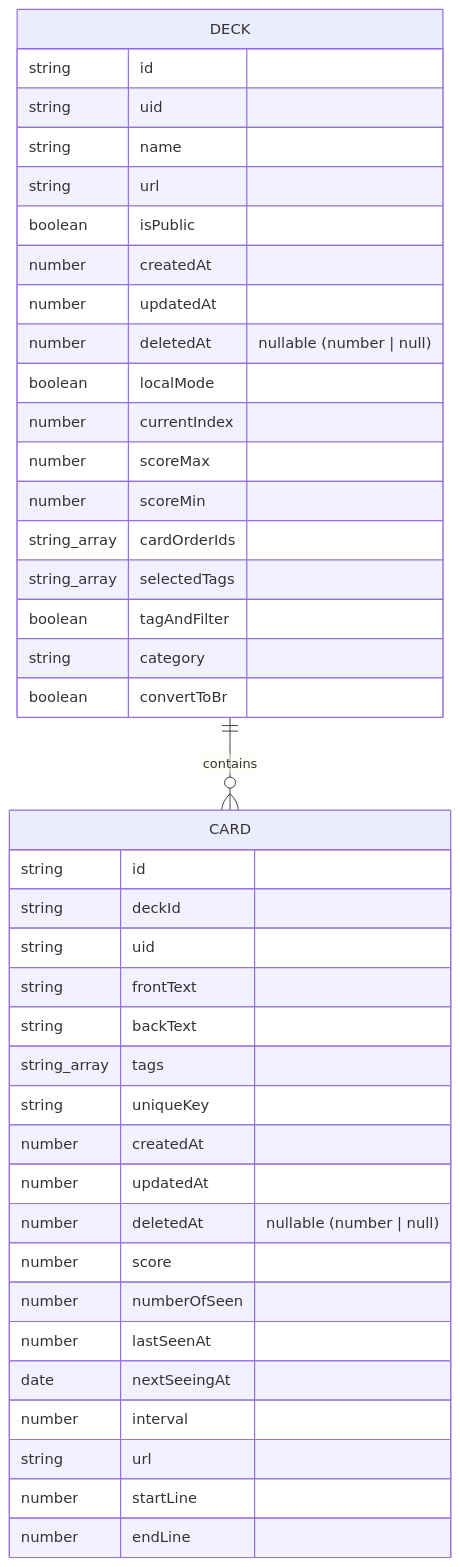
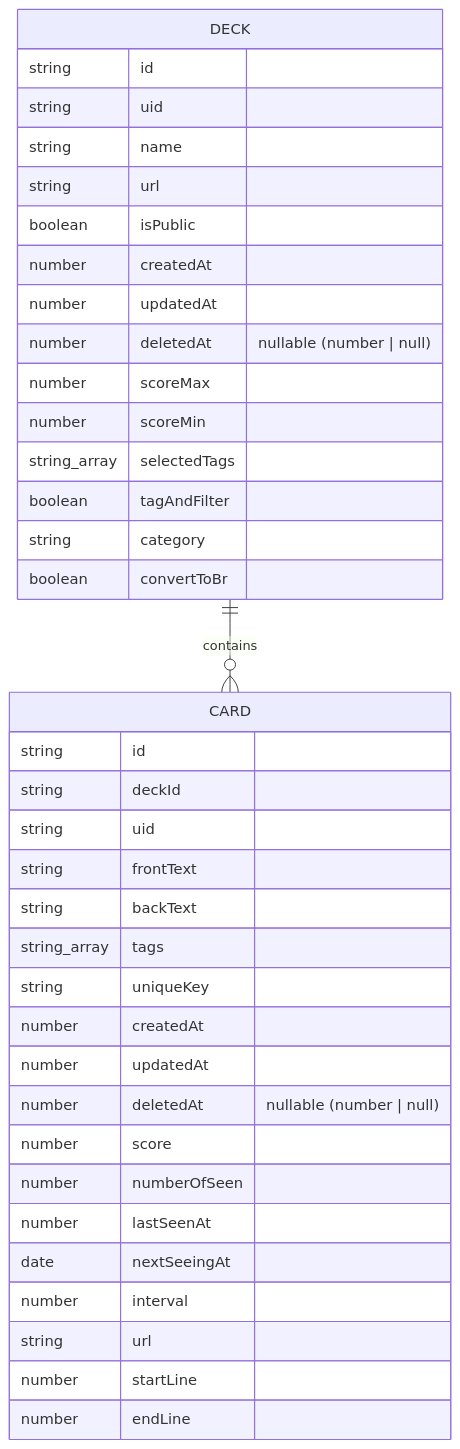
The diagram in docs/summary/er-diagram.md (her0e1c1/tango), drawn with Mermaid before and after one commit. The commit also changed other lines of this file and 91 other files, not shown here.

````diff
--- a/docs/summary/er-diagram.md
+++ b/docs/summary/er-diagram.md
@@ -5,45 +5,42 @@
 ```mermaid
 erDiagram
     DECK ||--o{ CARD : contains
 
     DECK {
         string id
         string uid
         string name
         string url
         boolean isPublic
         number createdAt
         number updatedAt
         number deletedAt "nullable (number | null)"
-        boolean localMode
-        number currentIndex
         number scoreMax
         number scoreMin
-        string_array cardOrderIds
         string_array selectedTags
         boolean tagAndFilter
         string category
         boolean convertToBr
     }
 
     CARD {
         string id
         string deckId
         string uid
         string frontText
         string backText
         string_array tags
         string uniqueKey
         number createdAt
         number updatedAt
         number deletedAt "nullable (number | null)"
         number score
         number numberOfSeen
         number lastSeenAt
         date nextSeeingAt
         number interval
         string url
         number startLine
         number endLine
     }
 ```
````
